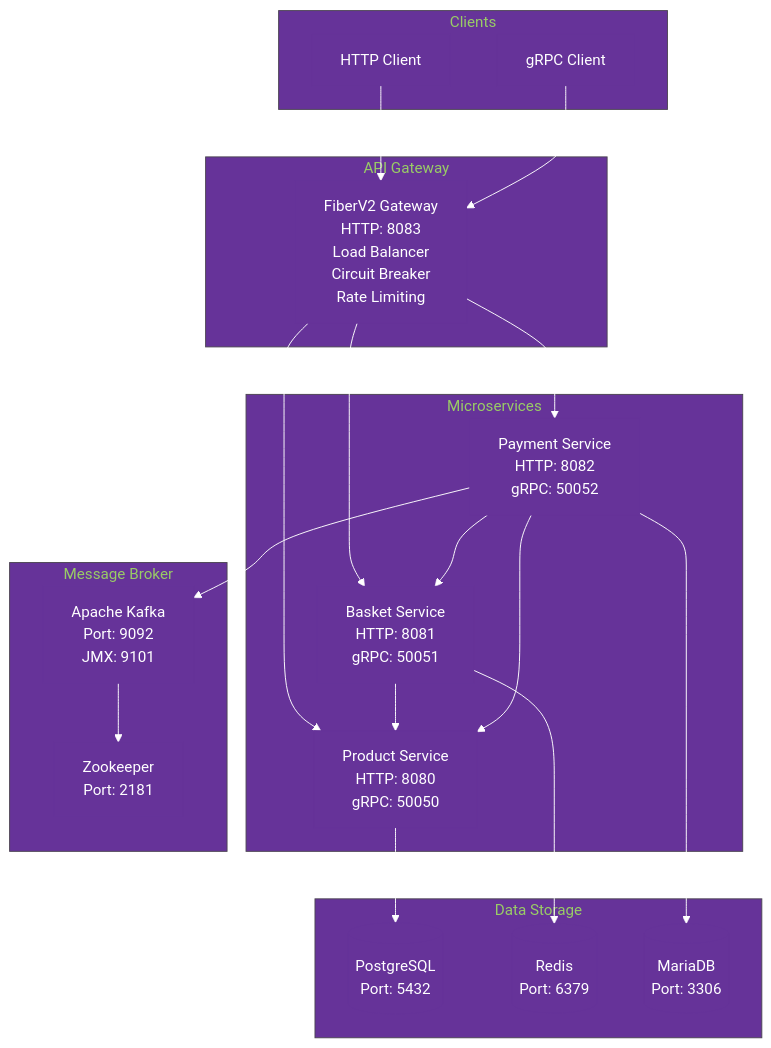
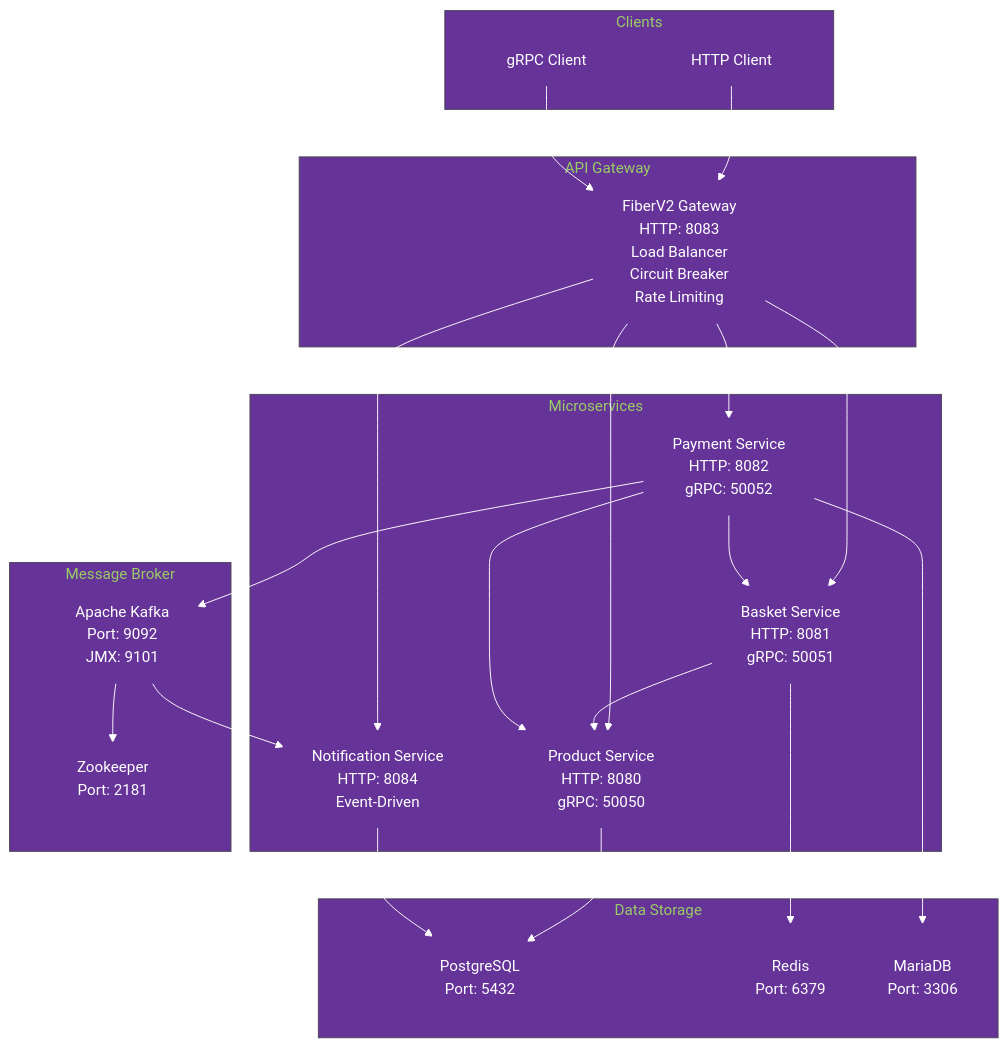
The first of 41 diagrams in README.md (ozturkeniss/obs-tools-usage), drawn with Mermaid before and after one commit. The commit also changed other lines of this file, not shown here.

First line of the commit message:
Add Notification Service documentation and architecture updates

````diff
--- a/README.md
+++ b/README.md
@@ -5,47 +5,51 @@
 ```mermaid
 %%{init: {'theme':'base', 'themeVariables': { 'primaryColor': '#663399', 'primaryTextColor': '#ffffff', 'primaryBorderColor': '#663399', 'lineColor': '#ffffff', 'secondaryColor': '#663399', 'tertiaryColor': '#663399'}}}%%
 graph TB
     subgraph "API Gateway"
         Gateway[FiberV2 Gateway<br/>HTTP: 8083<br/>Load Balancer<br/>Circuit Breaker<br/>Rate Limiting]
     end
     
     subgraph "Microservices"
         Product[Product Service<br/>HTTP: 8080<br/>gRPC: 50050]
         Basket[Basket Service<br/>HTTP: 8081<br/>gRPC: 50051]
         Payment[Payment Service<br/>HTTP: 8082<br/>gRPC: 50052]
+        Notification[Notification Service<br/>HTTP: 8084<br/>Event-Driven]
     end
     
     subgraph "Data Storage"
         PostgreSQL[(PostgreSQL<br/>Port: 5432)]
         Redis[(Redis<br/>Port: 6379)]
         MariaDB[(MariaDB<br/>Port: 3306)]
     end
     
     subgraph "Message Broker"
         Kafka[Apache Kafka<br/>Port: 9092<br/>JMX: 9101]
         Zookeeper[Zookeeper<br/>Port: 2181]
     end
     
     subgraph "Clients"
         HTTPClient[HTTP Client]
         GRPCClient[gRPC Client]
     end
     
     HTTPClient --> Gateway
     GRPCClient --> Gateway
     
     Gateway --> Product
     Gateway --> Basket
     Gateway --> Payment
+    Gateway --> Notification
     
     Product --> PostgreSQL
     Basket --> Redis
     Payment --> MariaDB
+    Notification --> PostgreSQL
     
     Basket --> Product
     Payment --> Basket
     Payment --> Product
     
     Payment --> Kafka
+    Kafka --> Notification
     Kafka --> Zookeeper
 ```
````
